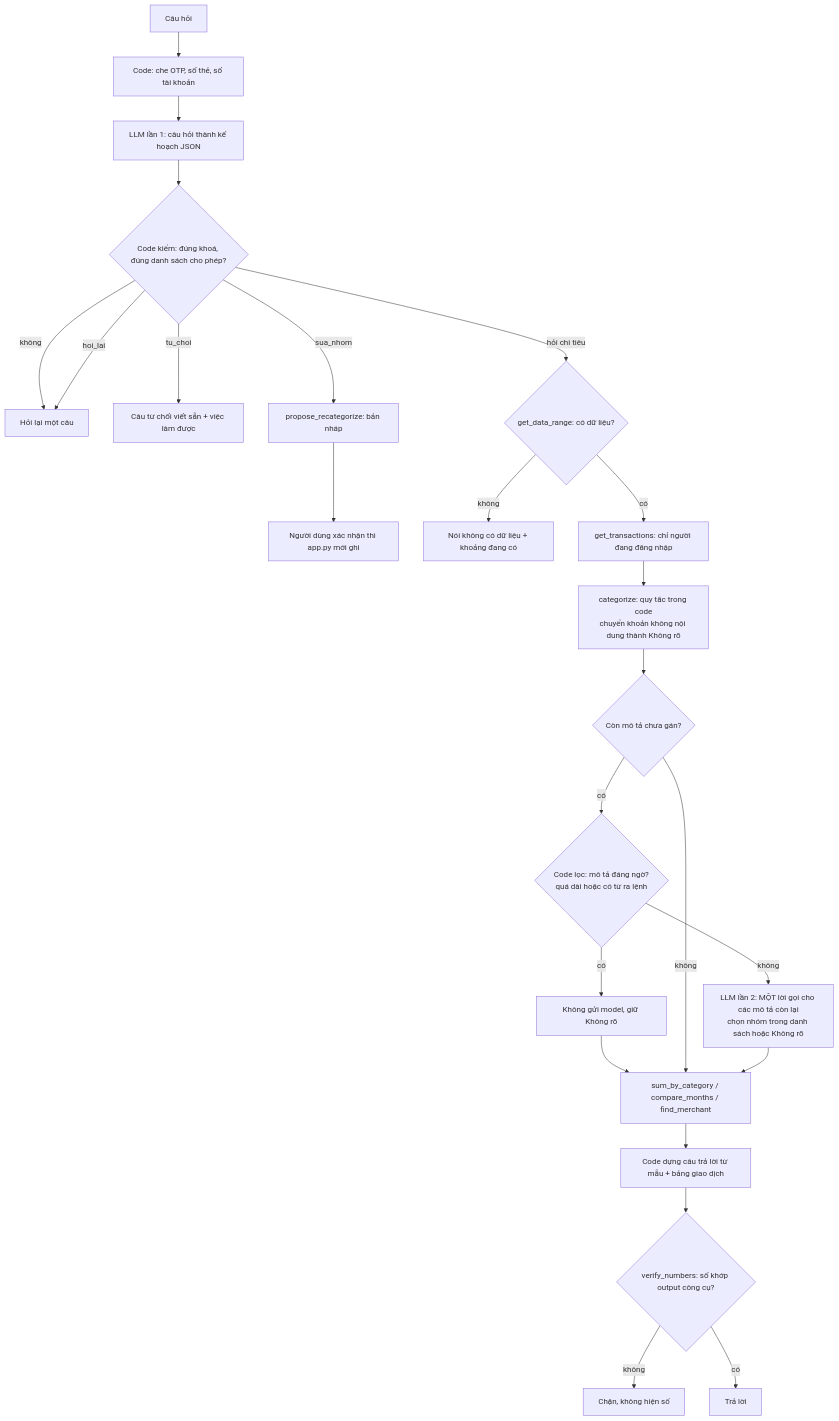
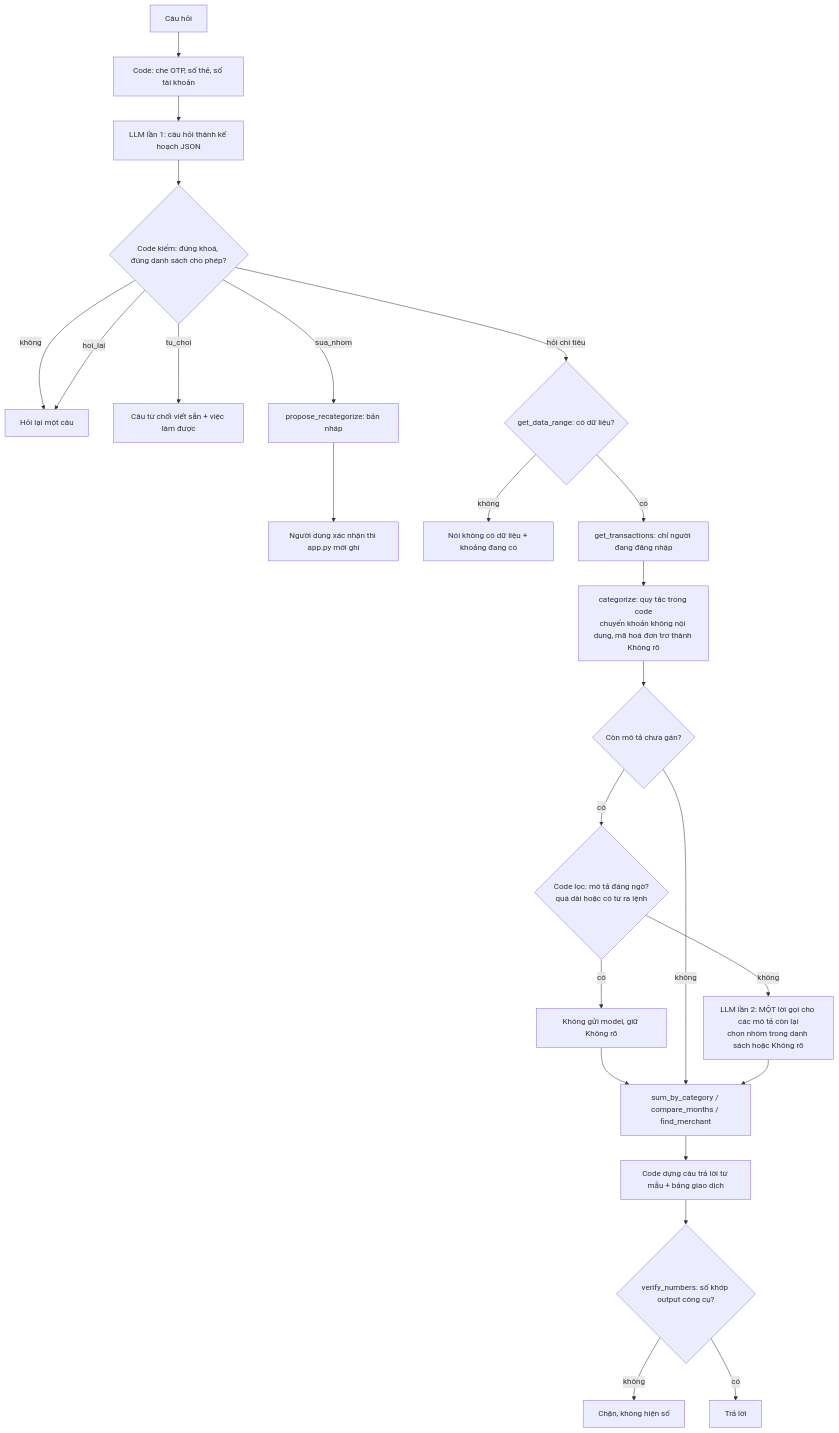
The diagram in spec.md (TheWilsonGlobal/K5-Day15-L3A-Wilson), drawn with Mermaid before and after one commit. The commit also changed other lines of this file and 17 other files, not shown here.

````diff
--- a/spec.md
+++ b/spec.md
@@ -76,26 +76,26 @@
 ```mermaid
 flowchart TD
   U[Câu hỏi] --> S[Code: che OTP, số thẻ, số tài khoản]
   S --> P[LLM lần 1: câu hỏi thành kế hoạch JSON]
   P --> V{Code kiểm: đúng khoá, đúng danh sách cho phép?}
   V -- không --> Q[Hỏi lại một câu]
   V -- tu_choi --> R[Câu từ chối viết sẵn + việc làm được]
   V -- hoi_lai --> Q
   V -- sua_nhom --> RC[propose_recategorize: bản nháp]
   RC --> H[Người dùng xác nhận thì app.py mới ghi]
   V -- hỏi chi tiêu --> D{get_data_range: có dữ liệu?}
   D -- không --> N[Nói không có dữ liệu + khoảng đang có]
   D -- có --> G[get_transactions: chỉ người đang đăng nhập]
-  G --> C[categorize: quy tắc trong code<br/>chuyển khoản không nội dung thành Không rõ]
+  G --> C[categorize: quy tắc trong code<br/>chuyển khoản không nội dung, mã hoá đơn trơ thành Không rõ]
   C --> M{Còn mô tả chưa gán?}
   M -- có --> F2{Code lọc: mô tả đáng ngờ?<br/>quá dài hoặc có từ ra lệnh}
   F2 -- có --> K[Không gửi model, giữ Không rõ]
   F2 -- không --> L[LLM lần 2: MỘT lời gọi cho các mô tả còn lại<br/>chọn nhóm trong danh sách hoặc Không rõ]
   K --> T
   M -- không --> T
   L --> T[sum_by_category / compare_months / find_merchant]
   T --> F[Code dựng câu trả lời từ mẫu + bảng giao dịch]
   F --> X{verify_numbers: số khớp output công cụ?}
   X -- không --> E[Chặn, không hiện số]
   X -- có --> O[Trả lời]
 ```
````
